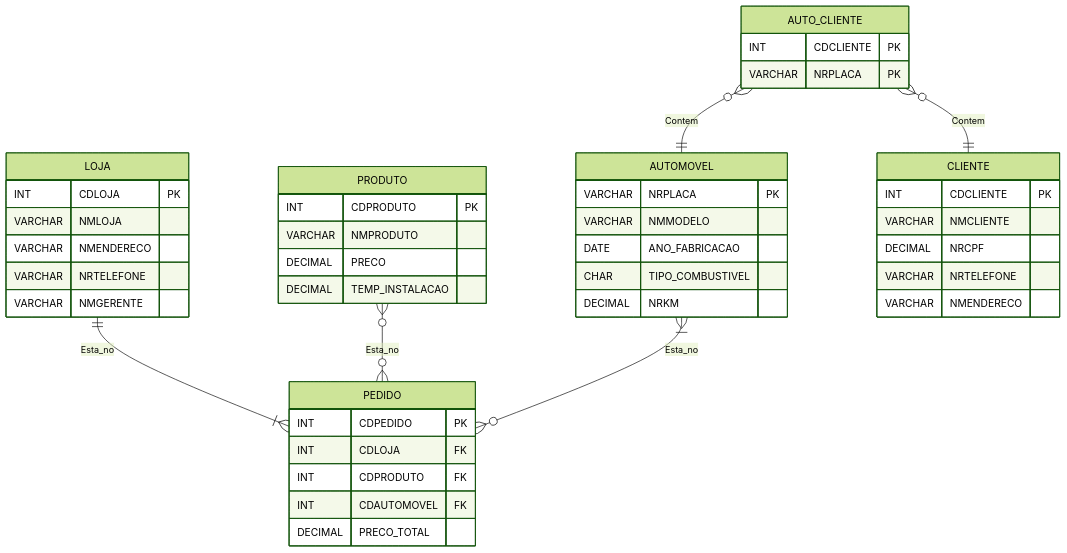
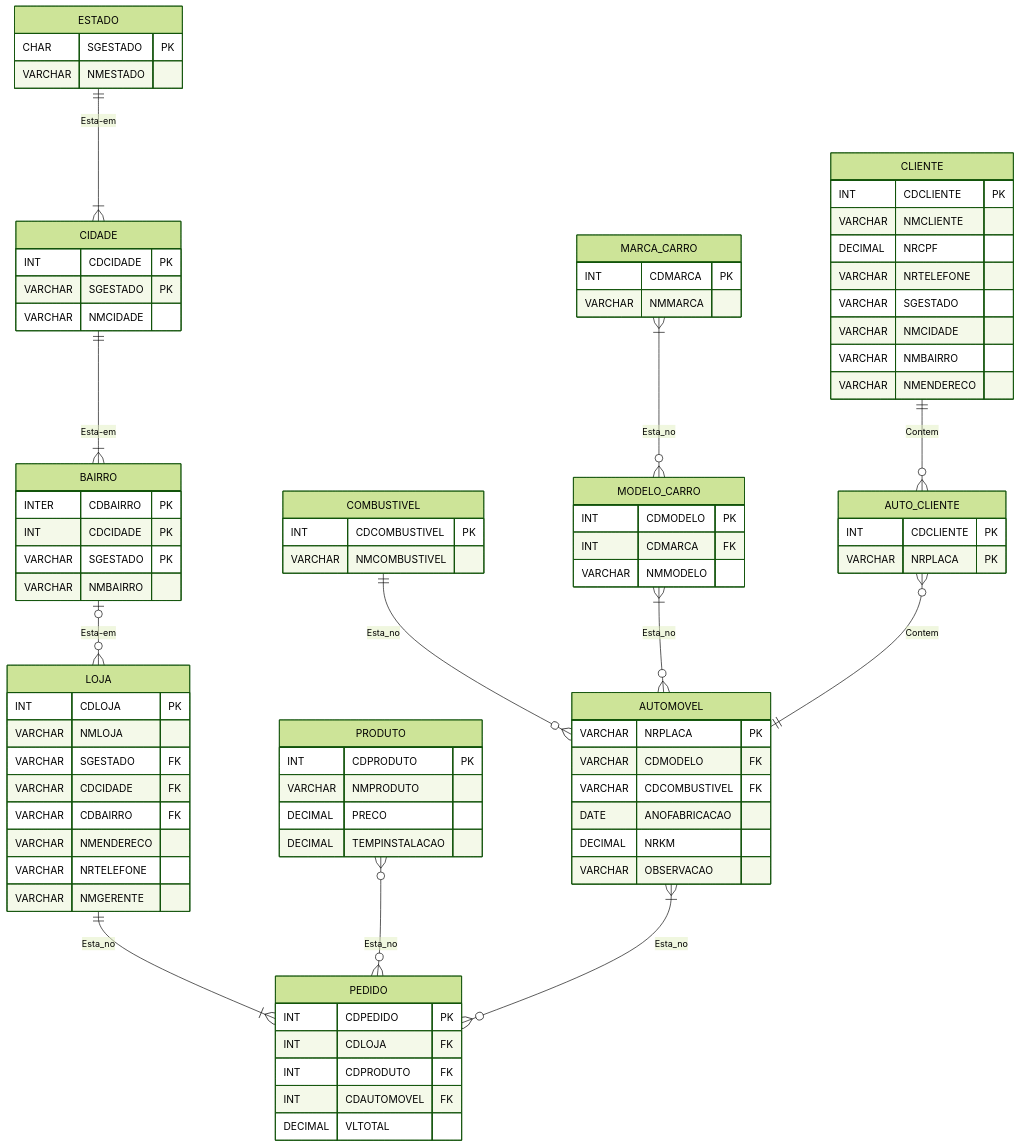
One commit to marcg-dev/SQLCursoPratico changed the tenth of 13 diagrams in pages/Cap2.md. Above: the diagram before and after it, drawn with Mermaid (forest theme). The commit also changed other lines of this file and 1 other file, not shown here.

````diff
--- a/pages/Cap2.md
+++ b/pages/Cap2.md
@@ -271,9 +277,30 @@
 ```mermaid
     erDiagram
+    ESTADO ||--|{ CIDADE : Esta-em
+    ESTADO {
+        CHAR SGESTADO PK
+        VARCHAR NMESTADO
+    }
+    CIDADE ||--|{ BAIRRO : Esta-em
+    CIDADE {
+        INT CDCIDADE PK
+        VARCHAR SGESTADO PK
+        VARCHAR NMCIDADE
+    }
+    BAIRRO |o--o{ LOJA : Esta-em
+    BAIRRO {
+        INTER CDBAIRRO PK
+        INT CDCIDADE PK
+        VARCHAR SGESTADO PK
+        VARCHAR NMBAIRRO
+    }
     LOJA ||--|{ PEDIDO : Esta_no
     LOJA {
         INT CDLOJA PK
         VARCHAR NMLOJA
+        VARCHAR SGESTADO FK
+        VARCHAR CDCIDADE FK
+        VARCHAR CDBAIRRO FK
         VARCHAR NMENDERECO
         VARCHAR NRTELEFONE
         VARCHAR NMGERENTE                                        
@@ -283,34 +310,54 @@
         INT CDLOJA FK
         INT CDPRODUTO FK
         INT CDAUTOMOVEL FK
-        DECIMAL PRECO_TOTAL
+        DECIMAL VLTOTAL
     }
     PRODUTO }o--o{ PEDIDO : Esta_no
     PRODUTO {
         INT CDPRODUTO PK
         VARCHAR NMPRODUTO
         DECIMAL PRECO
-        DECIMAL TEMP_INSTALACAO
+        DECIMAL TEMPINSTALACAO
+    }
+    COMBUSTIVEL ||--o{ AUTOMOVEL : Esta_no
+    COMBUSTIVEL {
+        INT CDCOMBUSTIVEL PK
+        VARCHAR NMCOMBUSTIVEL
     }
     AUTOMOVEL }|--o{ PEDIDO : Esta_no
     AUTOMOVEL {
         VARCHAR NRPLACA PK
+        VARCHAR CDMODELO FK
+        VARCHAR CDCOMBUSTIVEL FK
+        DATE ANOFABRICACAO
+        DECIMAL NRKM
+        VARCHAR OBSERVACAO
+    }
+    MODELO_CARRO }|--o{ AUTOMOVEL : Esta_no
+    MODELO_CARRO {
+        INT CDMODELO PK
+        INT CDMARCA FK
         VARCHAR NMMODELO
-        DATE ANO_FABRICACAO
-        CHAR TIPO_COMBUSTIVEL
-        DECIMAL NRKM
     }
-    AUTO_CLIENTE }o--|| CLIENTE : Contem
+    MARCA_CARRO }|--o{ MODELO_CARRO : Esta_no
+    MARCA_CARRO {
+        INT CDMARCA PK
+        VARCHAR NMMARCA
+    }
     AUTO_CLIENTE }o--|| AUTOMOVEL : Contem
     AUTO_CLIENTE {
         INT CDCLIENTE PK
         VARCHAR NRPLACA PK
     }
+    CLIENTE ||--o{ AUTO_CLIENTE : Contem
     CLIENTE {
         INT CDCLIENTE PK
         VARCHAR NMCLIENTE
         DECIMAL NRCPF
         VARCHAR NRTELEFONE
+        VARCHAR SGESTADO
+        VARCHAR NMCIDADE
+        VARCHAR NMBAIRRO
         VARCHAR NMENDERECO
     }
 ```
````
